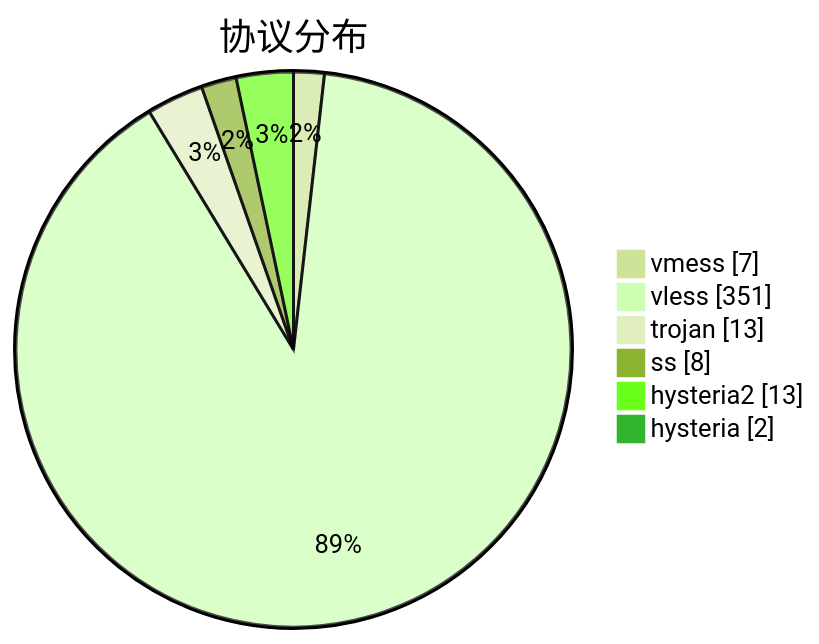
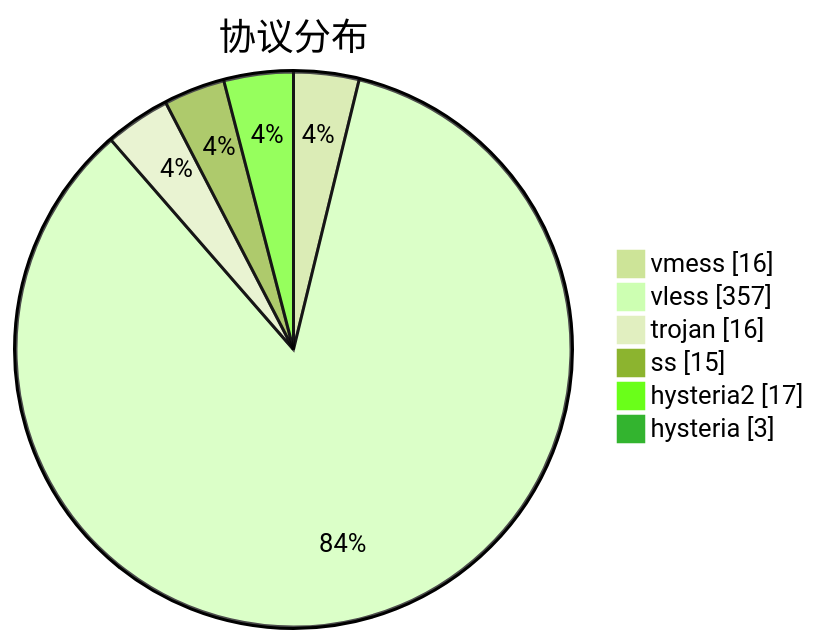
Before and after one commit to sinspired/airport: the third of 3 diagrams in subs/statistics/tested_within.md, drawn with Mermaid (forest theme). The commit also changed other lines of this file and 2 other files, not shown here.

````diff
--- a/subs/statistics/tested_within.md
+++ b/subs/statistics/tested_within.md
@@ -40,10 +39,10 @@
 ```mermaid
 pie showData
 title 协议分布
-"vmess" : 7
-"vless" : 351
-"trojan" : 13
-"ss" : 8
-"hysteria2" : 13
-"hysteria" : 2
+"vmess" : 16
+"vless" : 357
+"trojan" : 16
+"ss" : 15
+"hysteria2" : 17
+"hysteria" : 3
 ```
````
